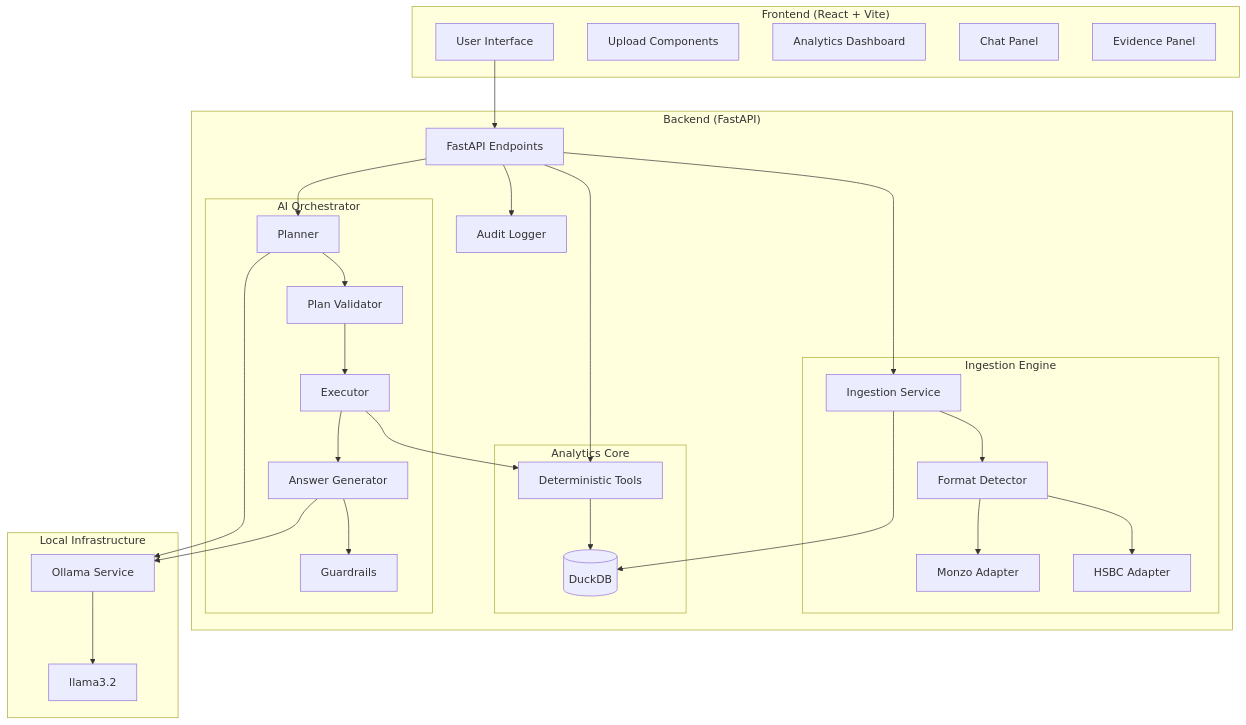
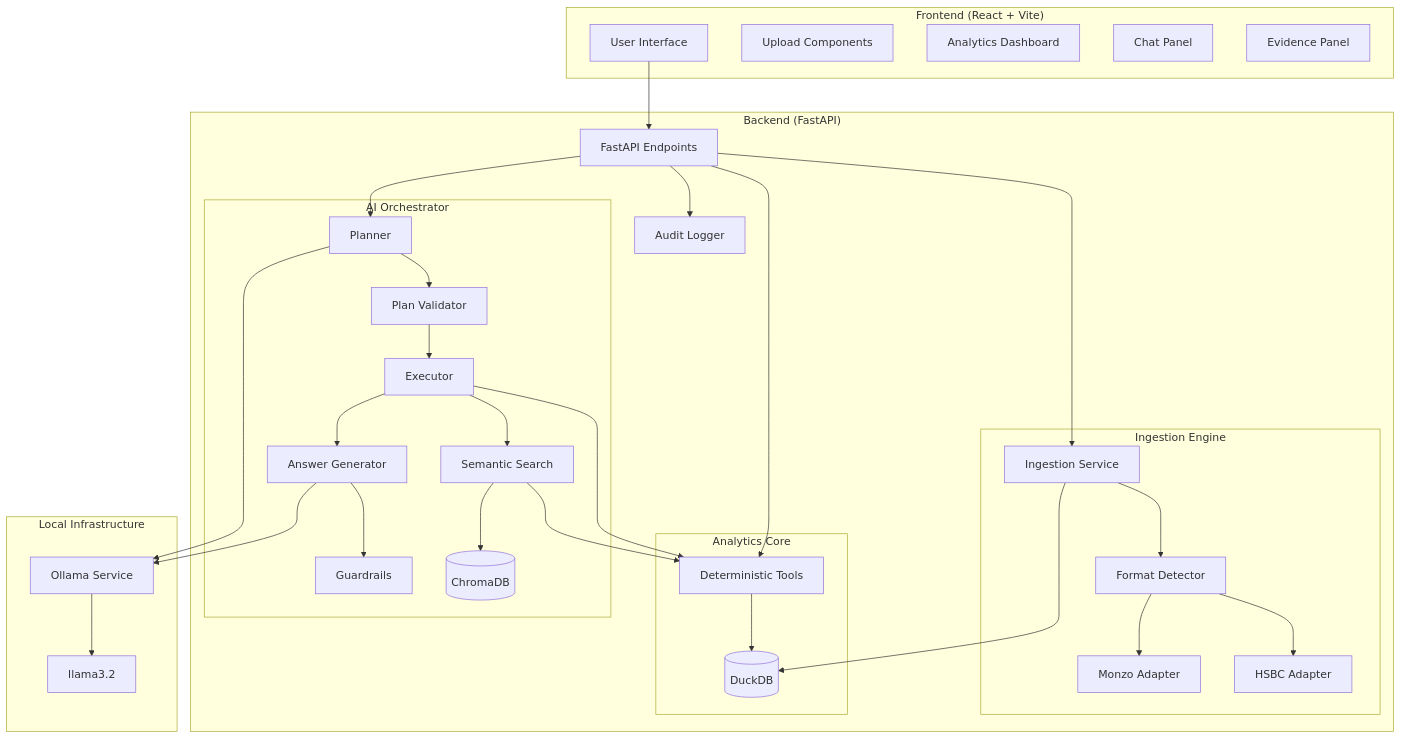
Before and after one commit to gautirao/ml-dl-portfolio: the diagram in ledgermind-local/docs/architecture.md, drawn with Mermaid. The commit also changed other lines of this file and 22 other files, not shown here.

Commit message:
feat: add local semantic search for merchant matching

````diff
--- a/ledgermind-local/docs/architecture.md
+++ b/ledgermind-local/docs/architecture.md
@@ -7,64 +7,69 @@
 ```mermaid
 graph TD
     subgraph "Frontend (React + Vite)"
         UI[User Interface]
         UC[Upload Components]
         AC[Analytics Dashboard]
         CP[Chat Panel]
         EP[Evidence Panel]
     end
 
     subgraph "Backend (FastAPI)"
         API[FastAPI Endpoints]
         
         subgraph "Ingestion Engine"
             DET[Format Detector]
             MON[Monzo Adapter]
             HSB[HSBC Adapter]
             SVC[Ingestion Service]
         end
         
         subgraph "Analytics Core"
             DT[Deterministic Tools]
             DDB[(DuckDB)]
         end
         
         subgraph "AI Orchestrator"
             PLN[Planner]
             VAL[Plan Validator]
             EXE[Executor]
             GEN[Answer Generator]
             GRD[Guardrails]
+            SS[Semantic Search]
+            CH[(ChromaDB)]
         end
         
         AUD[Audit Logger]
     end
 
     subgraph "Local Infrastructure"
         OLL[Ollama Service]
         LLM[llama3.2]
     end
 
     %% Interactions
     UI --> API
     API --> SVC
     SVC --> DET
     DET --> MON
     DET --> HSB
     SVC --> DDB
     
     API --> DT
     DT --> DDB
     
     API --> PLN
     PLN --> OLL
     OLL --> LLM
     PLN --> VAL
     VAL --> EXE
+    EXE --> SS
+    SS --> CH
+    SS --> DT
     EXE --> DT
     EXE --> GEN
     GEN --> OLL
     GEN --> GRD
     
     API --> AUD
 ```
````
